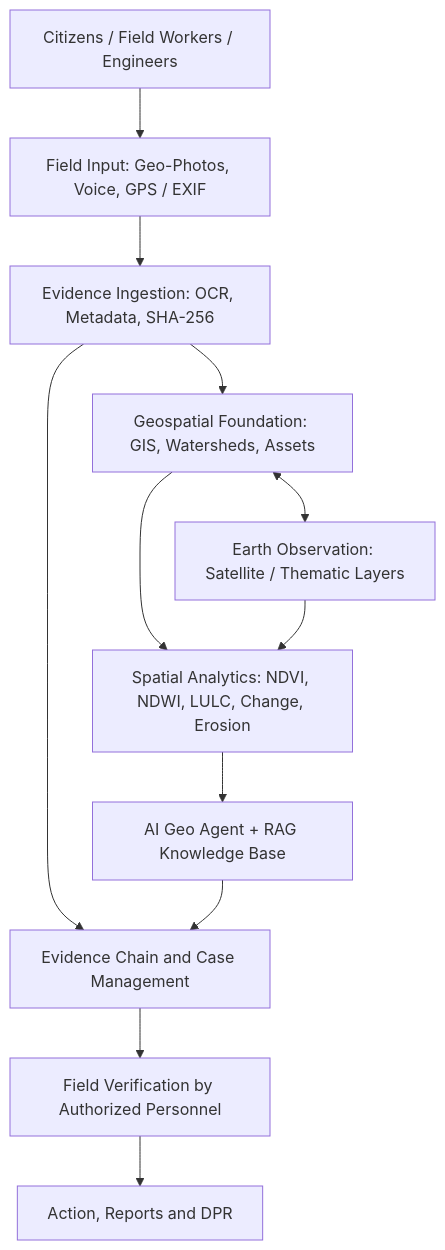
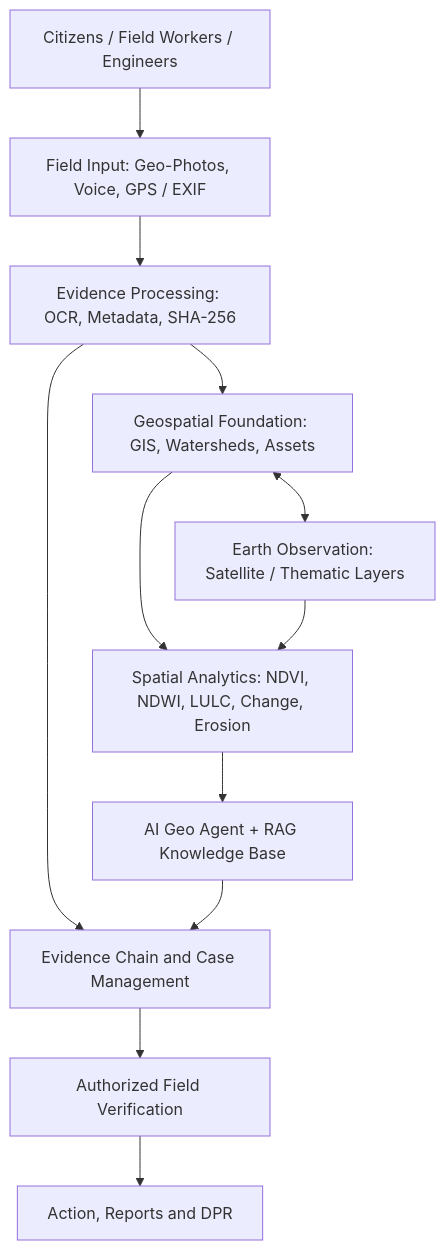
Before and after one commit to samelijah14122007/elim-springs: the diagram in README.md, drawn with Mermaid. The commit also changed other lines of this file, not shown here.

````diff
--- a/README.md
+++ b/README.md
@@ -102,22 +185,25 @@
 ```mermaid
 flowchart TD
     A["Citizens / Field Workers / Engineers"]
     B["Field Input: Geo-Photos, Voice, GPS / EXIF"]
-    C["Evidence Ingestion: OCR, Metadata, SHA-256"]
+    C["Evidence Processing: OCR, Metadata, SHA-256"]
     D["Geospatial Foundation: GIS, Watersheds, Assets"]
     E["Earth Observation: Satellite / Thematic Layers"]
     F["Spatial Analytics: NDVI, NDWI, LULC, Change, Erosion"]
     G["AI Geo Agent + RAG Knowledge Base"]
     H["Evidence Chain and Case Management"]
-    I["Field Verification by Authorized Personnel"]
+    I["Authorized Field Verification"]
     J["Action, Reports and DPR"]
 
-    A --> B --> C --> D
+    A --> B
+    B --> C
+    C --> D
     D <--> E
     D --> F
     E --> F
     F --> G
     C --> H
     G --> H
-    H --> I --> J
+    H --> I
+    I --> J
 ```
````
